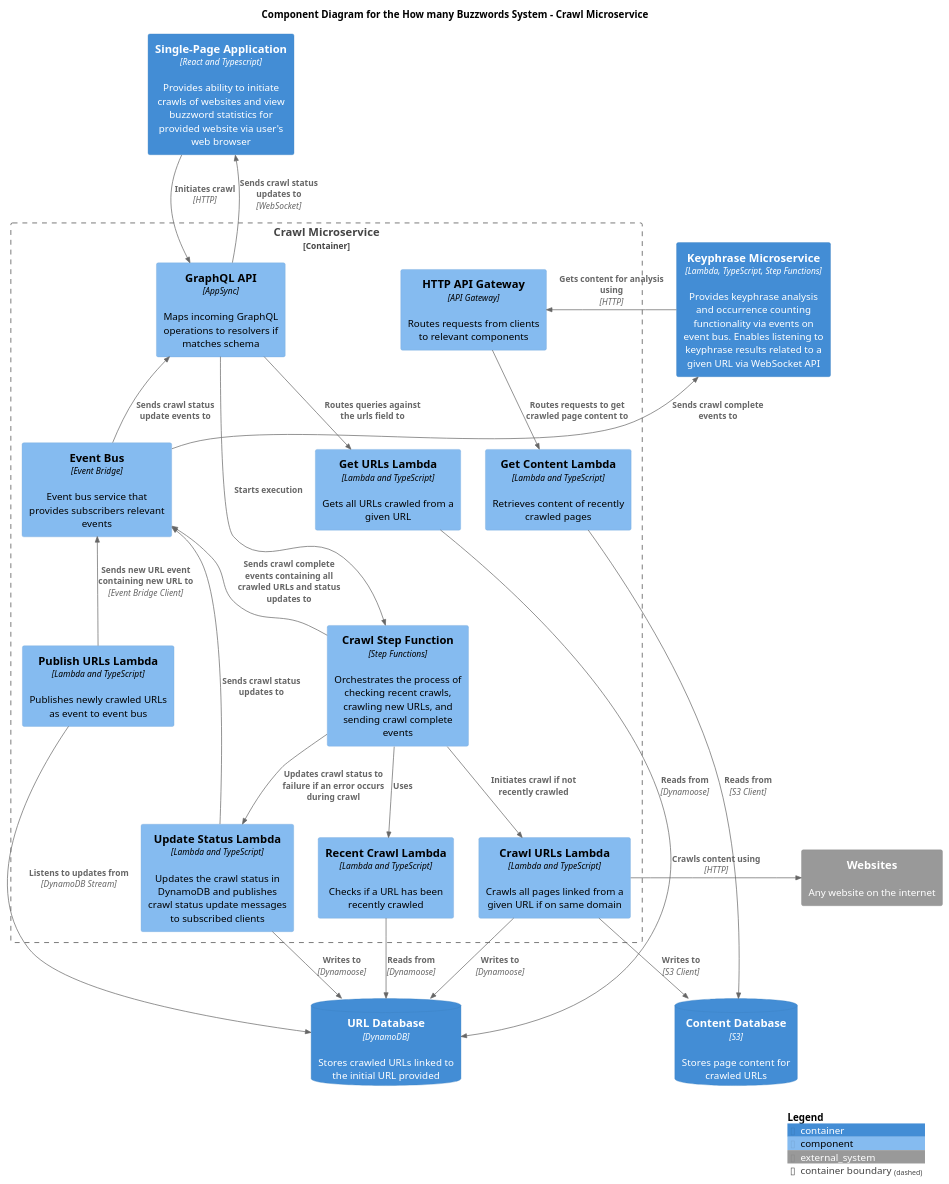
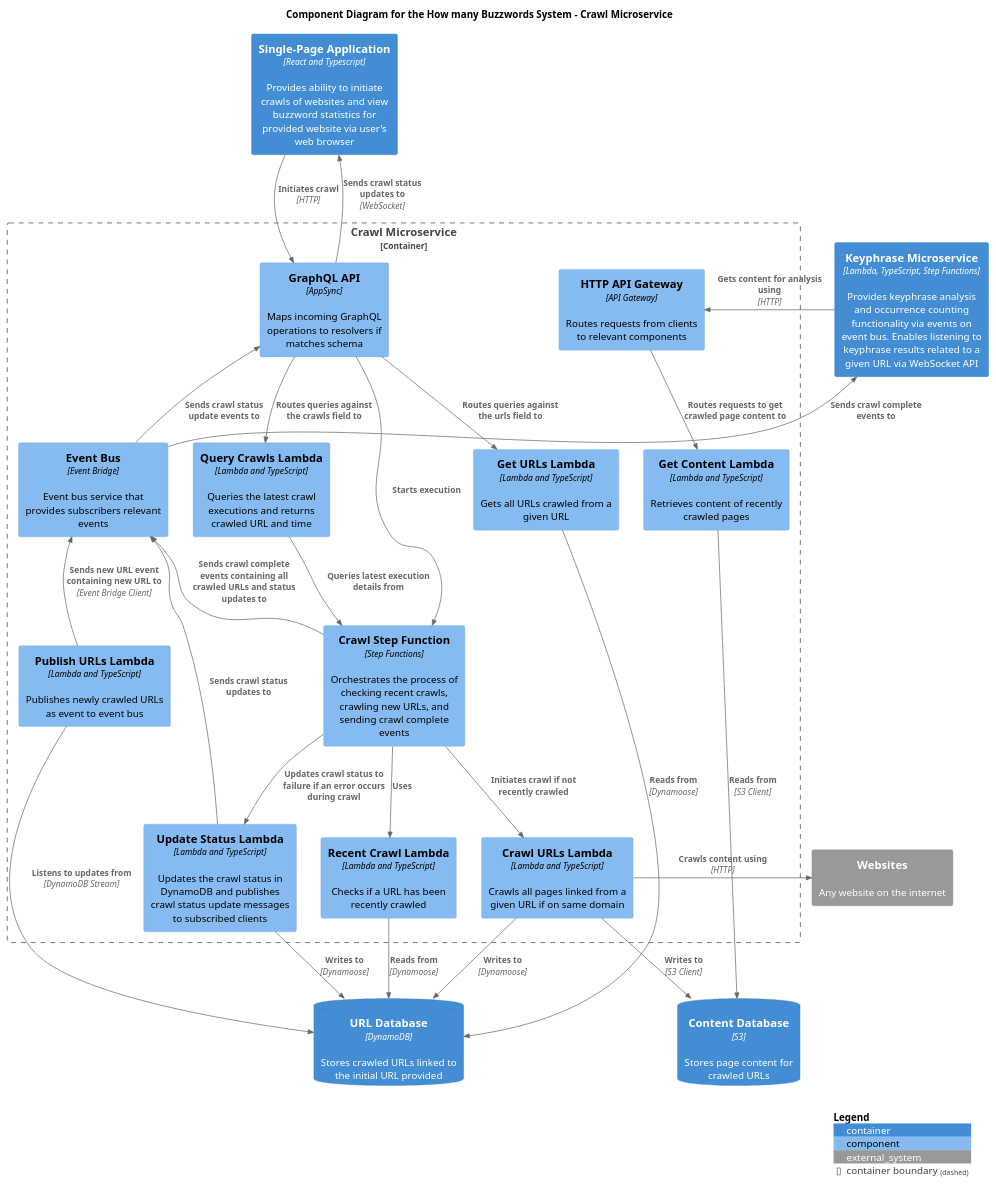
Before and after one commit to ashley-evans/how-many-buzzwords: the diagram in docs/c4-diagrams/buzzword-c4-component-crawl-microservice.puml, drawn with PlantUML.

Commit message:
Update crawl component diagram to include new query crawl lambda and interactions

```diff
--- a/docs/c4-diagrams/buzzword-c4-component-crawl-microservice.puml
+++ b/docs/c4-diagrams/buzzword-c4-component-crawl-microservice.puml
@@ -1,65 +1,69 @@
 @startuml Buzzword C4 Component Diagram
 
 !include https://raw.githubusercontent.com/plantuml-stdlib/C4-PlantUML/master/C4_Component.puml
 
 title Component Diagram for the How many Buzzwords System - Crawl Microservice
 
 Container(single_page_application, "Single-Page Application", "React and Typescript", $descr="Provides ability to initiate crawls of websites and view buzzword statistics for provided website via user's web browser")
 Container(keyphrase_microservice, "Keyphrase Microservice", "Lambda, TypeScript, Step Functions", "Provides keyphrase analysis and occurrence counting functionality via events on event bus. Enables listening to keyphrase results related to a given URL via WebSocket API")
 
 Container_Boundary(crawl_microservice_boundary, "Crawl Microservice") {
     Component(api_gateway, "HTTP API Gateway", "API Gateway", "Routes requests from clients to relevant components")
     Component(graphql_api, "GraphQL API", "AppSync", "Maps incoming GraphQL operations to resolvers if matches schema")
     Component(step_function, "Crawl Step Function", "Step Functions", "Orchestrates the process of checking recent crawls, crawling new URLs, and sending crawl complete events")
     Component(recent_crawl_lambda, "Recent Crawl Lambda", "Lambda and TypeScript", "Checks if a URL has been recently crawled")
     Component(crawl_urls_lambda, "Crawl URLs Lambda", "Lambda and TypeScript", "Crawls all pages linked from a given URL if on same domain")
     Component(get_content_lambda, "Get Content Lambda", "Lambda and TypeScript", "Retrieves content of recently crawled pages")
     Component(get_urls_lambda, "Get URLs Lambda", "Lambda and TypeScript", "Gets all URLs crawled from a given URL")
     Component(publish_urls_lambda, "Publish URLs Lambda", "Lambda and TypeScript", "Publishes newly crawled URLs as event to event bus")
     Component(update_status_lambda, "Update Status Lambda", "Lambda and TypeScript", "Updates the crawl status in DynamoDB and publishes crawl status update messages to subscribed clients")
+    Component(query_crawls_lambda, "Query Crawls Lambda", "Lambda and TypeScript", "Queries the latest crawl executions and returns crawled URL and time")
     Component(event_bus, "Event Bus", "Event Bridge", "Event bus service that provides subscribers relevant events")
 }
 
 ContainerDb(url_db, "URL Database", "DynamoDB", $descr="Stores crawled URLs linked to the initial URL provided")
 ContainerDb(content_db, "Content Database", "S3", $descr="Stores page content for crawled URLs")
 
 System_Ext(websites, "Websites", "Any website on the internet")
 
 Rel(single_page_application, graphql_api, "Initiates crawl", "HTTP")
 
 Rel(graphql_api, single_page_application, "Sends crawl status updates to", "WebSocket")
 Rel(graphql_api, step_function, "Starts execution")
 Rel(graphql_api, get_urls_lambda, "Routes queries against the urls field to")
+Rel(graphql_api, query_crawls_lambda, "Routes queries against the crawls field to")
 
 Rel(api_gateway, get_content_lambda, "Routes requests to get crawled page content to")
 
 Rel(step_function, recent_crawl_lambda, "Uses")
 Rel(step_function, crawl_urls_lambda, "Initiates crawl if not recently crawled")
 Rel_U(step_function, event_bus, "Sends crawl complete events containing all crawled URLs and status updates to")
 Rel(step_function, update_status_lambda, "Updates crawl status to failure if an error occurs during crawl")
+
+Rel(query_crawls_lambda, step_function, "Queries latest execution details from")
 
 Rel(recent_crawl_lambda, url_db, "Reads from", "Dynamoose")
 
 Rel(crawl_urls_lambda, url_db, "Writes to", "Dynamoose")
 Rel(crawl_urls_lambda, content_db, "Writes to", "S3 Client")
 Rel_R(crawl_urls_lambda, websites, "Crawls content using", "HTTP")
 
 Rel(get_urls_lambda, url_db, "Reads from", "Dynamoose")
 
 Rel(get_content_lambda, content_db, "Reads from", "S3 Client")
 
 Rel(publish_urls_lambda, url_db, "Listens to updates from", "DynamoDB Stream")
 Rel_U(publish_urls_lambda, event_bus, "Sends new URL event containing new URL to", "Event Bridge Client")
 
 Rel(update_status_lambda, url_db, "Writes to", "Dynamoose")
 Rel_U(update_status_lambda, event_bus, "Sends crawl status updates to")
 
 Rel_U(event_bus, keyphrase_microservice, "Sends crawl complete events to")
 Rel_U(keyphrase_microservice, api_gateway, "Gets content for analysis using", "HTTP")
 
 Rel_U(event_bus, graphql_api, "Sends crawl status update events to")
 
 
 SHOW_LEGEND()
 
 @enduml
```
